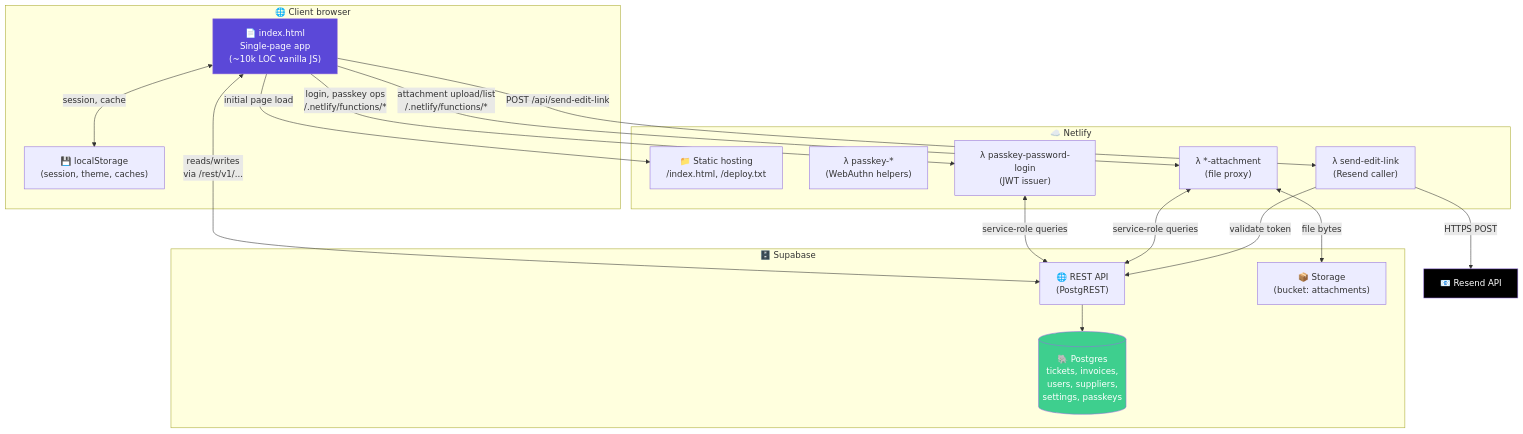
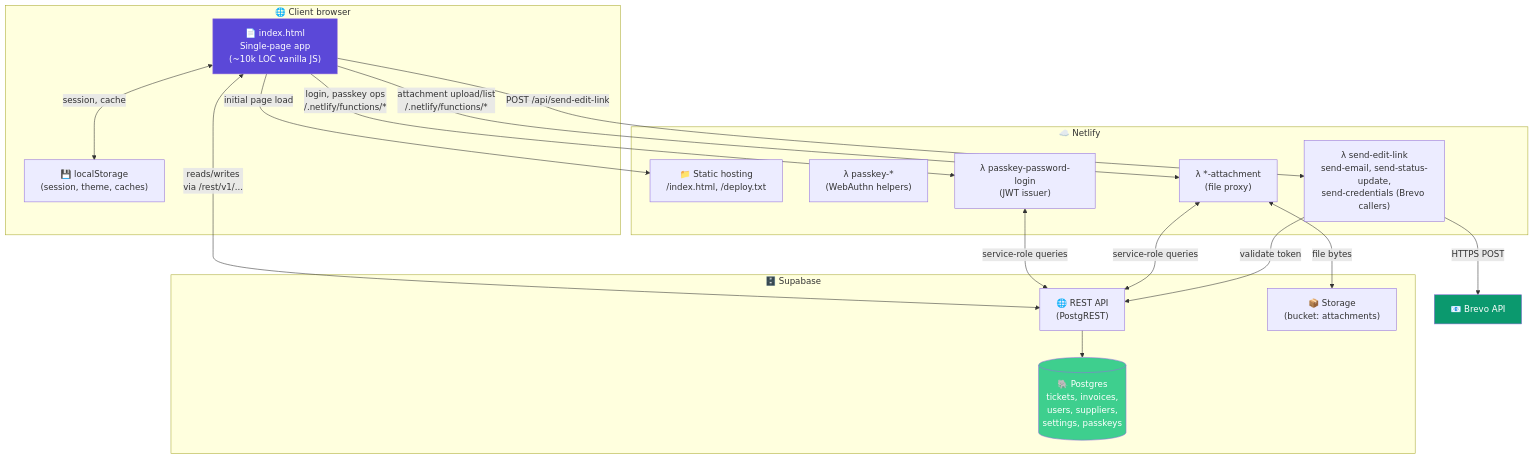
Before and after one commit to Frans5351/Ticket-System: the diagram in docs/02-containers.md, drawn with Mermaid. The commit also changed other lines of this file and 8 other files, not shown here.

Commit message:
Changes to ticket system flow

````diff
--- a/docs/02-containers.md
+++ b/docs/02-containers.md
@@ -5,41 +5,41 @@
 ```mermaid
 graph TB
     subgraph Client["🌐 Client browser"]
         SPA["📄 index.html<br/>Single-page app<br/>(~10k LOC vanilla JS)"]
         LS["💾 localStorage<br/>(session, theme, caches)"]
     end
 
     subgraph Netlify["☁️ Netlify"]
         Static["📁 Static hosting<br/>/index.html, /deploy.txt"]
         Fn1["λ passkey-*<br/>(WebAuthn helpers)"]
         Fn2["λ passkey-password-login<br/>(JWT issuer)"]
         Fn3["λ *-attachment<br/>(file proxy)"]
-        Fn4["λ send-edit-link<br/>(Resend caller)"]
+        Fn4["λ send-edit-link<br/>send-email, send-status-update,<br/>send-credentials (Brevo callers)"]
     end
 
     subgraph Supabase["🗄️ Supabase"]
         Rest["🌐 REST API<br/>(PostgREST)"]
         DB[("🐘 Postgres<br/>tickets, invoices,<br/>users, suppliers,<br/>settings, passkeys")]
         Storage["📦 Storage<br/>(bucket: attachments)"]
         Rest --> DB
     end
 
-    Resend["📧 Resend API"]
+    Brevo["📧 Brevo API"]
 
     SPA <-->|"reads/writes<br/>via /rest/v1/..."| Rest
     SPA <-->|"session, cache"| LS
     SPA -->|"login, passkey ops<br/>/.netlify/functions/*"| Fn2
     SPA -->|"attachment upload/list<br/>/.netlify/functions/*"| Fn3
     SPA -->|"POST /api/send-edit-link"| Fn4
     SPA -->|"initial page load"| Static
 
     Fn2 <-->|"service-role queries"| Rest
     Fn3 <-->|"service-role queries"| Rest
     Fn3 <-->|"file bytes"| Storage
-    Fn4 -->|"HTTPS POST"| Resend
+    Fn4 -->|"HTTPS POST"| Brevo
     Fn4 -->|"validate token"| Rest
 
     style SPA fill:#5b48d8,color:#fff
     style DB fill:#3ecf8e,color:#fff
-    style Resend fill:#000,color:#fff
+    style Brevo fill:#0b996e,color:#fff
 ```
````
